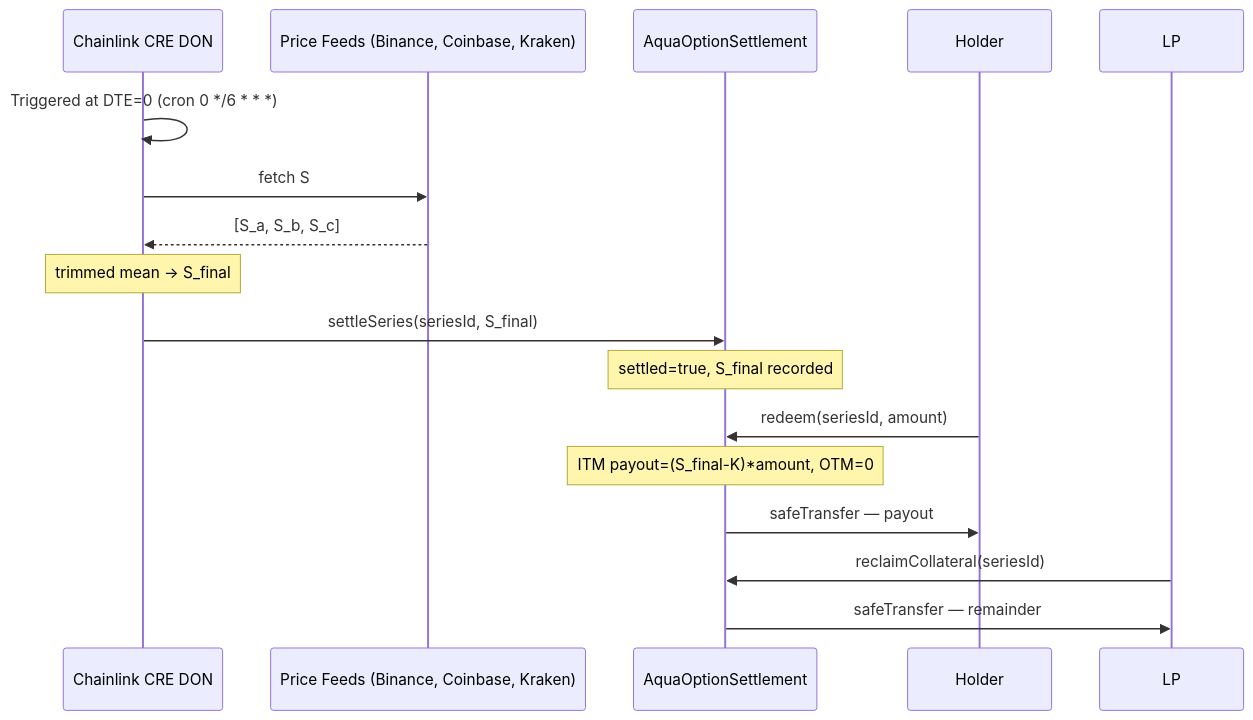
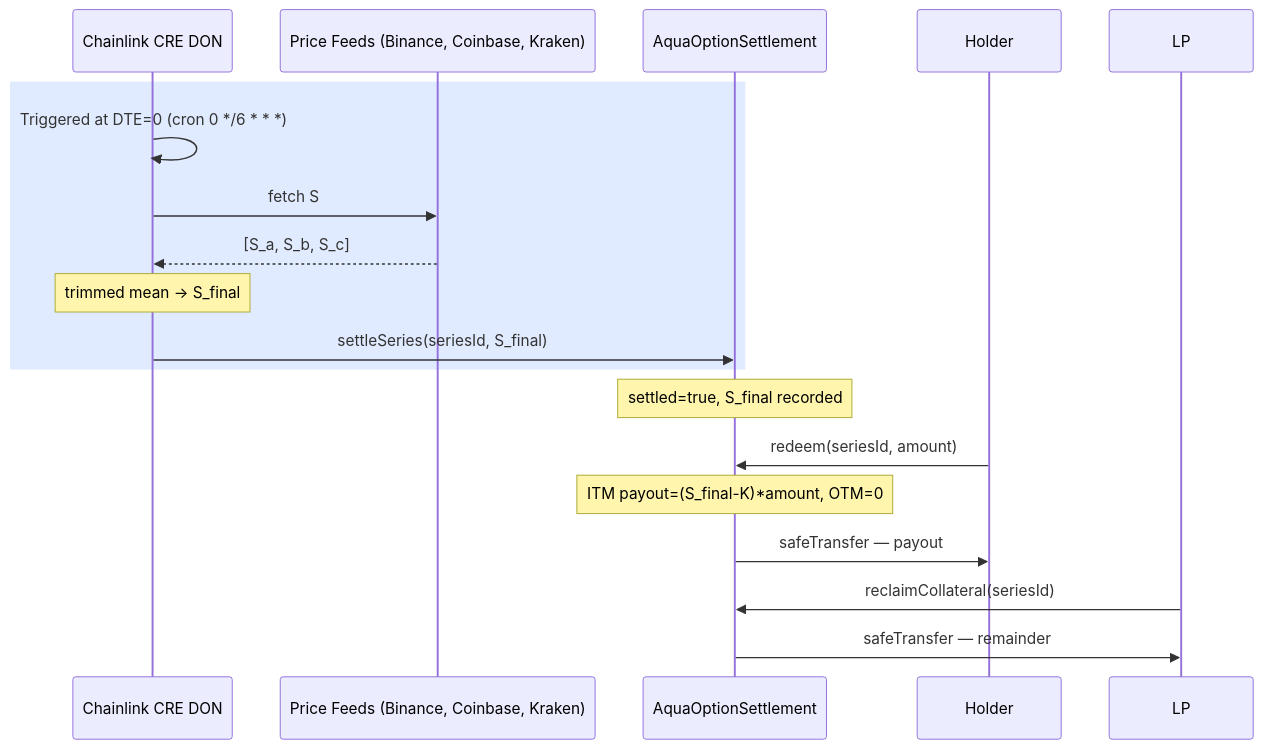
Before and after one commit to oslinin/Smile: the seventh of 7 diagrams in README.md, drawn with Mermaid. The commit also changed other lines of this file, not shown here.

Commit message:
Color-code all Mermaid diagrams by sponsor (green=1inch, pink=Uniswap, blue=Chainlink)

````diff
--- a/README.md
+++ b/README.md
@@ -232,20 +263,22 @@
 ```mermaid
 sequenceDiagram
     participant CRE as Chainlink CRE DON
     participant Feeds as Price Feeds (Binance, Coinbase, Kraken)
     participant Settlement as AquaOptionSettlement
     participant Holder
     participant LP
 
+    rect rgb(225, 235, 255)
     CRE->>CRE: Triggered at DTE=0 (cron 0 */6 * * *)
     CRE->>Feeds: fetch S
     Feeds-->>CRE: [S_a, S_b, S_c]
     Note over CRE: trimmed mean → S_final
     CRE->>Settlement: settleSeries(seriesId, S_final)
+    end
     Note over Settlement: settled=true, S_final recorded
     Holder->>Settlement: redeem(seriesId, amount)
     Note over Settlement: ITM payout=(S_final-K)*amount, OTM=0
     Settlement->>Holder: safeTransfer — payout
     LP->>Settlement: reclaimCollateral(seriesId)
     Settlement->>LP: safeTransfer — remainder
 ```
````
